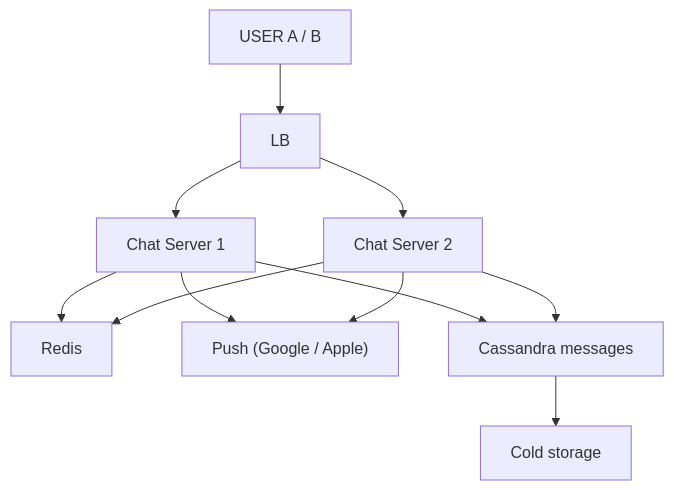
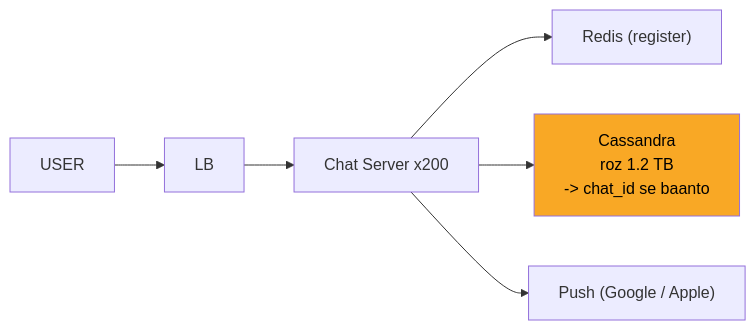
One commit to ArpanMaheshwari144/Prep changed the fifth of 12 diagrams in 04_HLD/SYSTEM_DESIGNS/14_chat_messaging/14_chat_messaging.md. Above: the diagram before and after it, drawn with Mermaid. The commit also changed other lines of this file, not shown here.

Commit message:
chat: one-day story, short cards, follow-ups with rules, highlighted diagrams

````diff
--- a/04_HLD/SYSTEM_DESIGNS/14_chat_messaging/14_chat_messaging.md
+++ b/04_HLD/SYSTEM_DESIGNS/14_chat_messaging/14_chat_messaging.md
@@ -237,21 +230,15 @@
 ```mermaid
-flowchart TD
-    n_USER_A_B["USER A / B"]
+flowchart LR
+    n_U["USER"]
     n_LB["LB"]
-    n_Chat_Server_x_200_1["Chat Server 1"]
-    n_Chat_Server_x_200_2["Chat Server 2"]
-    n_Redis["Redis"]
-    n_Push_Google_Apple["Push (Google / Apple)"]
-    n_Cassandra_messages["Cassandra messages"]
-    n_Cold_storage["Cold storage"]
-    n_USER_A_B --> n_LB
-    n_LB --> n_Chat_Server_x_200_1
-    n_LB --> n_Chat_Server_x_200_2
-    n_Chat_Server_x_200_1 --> n_Redis
-    n_Chat_Server_x_200_2 --> n_Redis
-    n_Chat_Server_x_200_1 --> n_Cassandra_messages
-    n_Chat_Server_x_200_2 --> n_Cassandra_messages
-    n_Chat_Server_x_200_1 --> n_Push_Google_Apple
-    n_Chat_Server_x_200_2 --> n_Push_Google_Apple
-    n_Cassandra_messages --> n_Cold_storage
+    n_CS["Chat Server x200"]
+    n_R["Redis (register)"]
+    n_CA["Cassandra<br/>roz 1.2 TB<br/>-> chat_id se baanto"]
+    n_P["Push (Google / Apple)"]
+    n_U --> n_LB
+    n_LB --> n_CS
+    n_CS --> n_R
+    n_CS --> n_CA
+    n_CS --> n_P
+    style n_CA fill:#f9a825,color:#000
 ```
````
